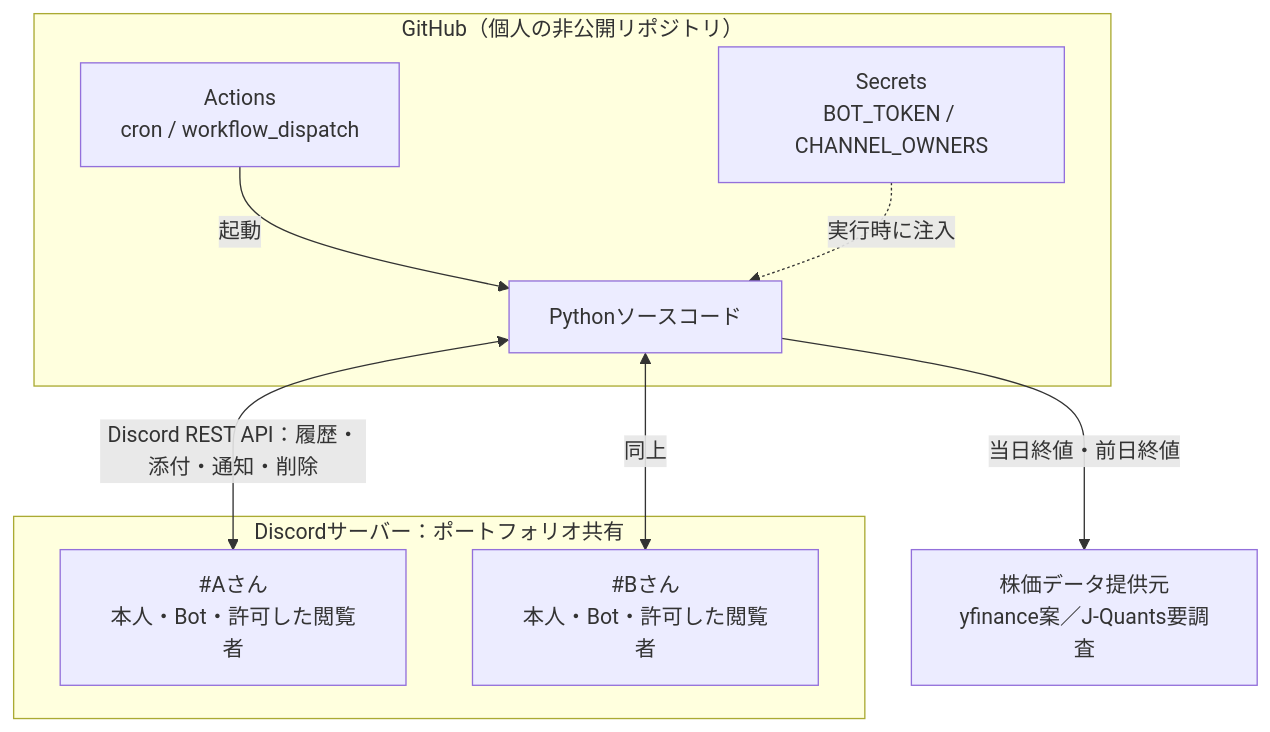
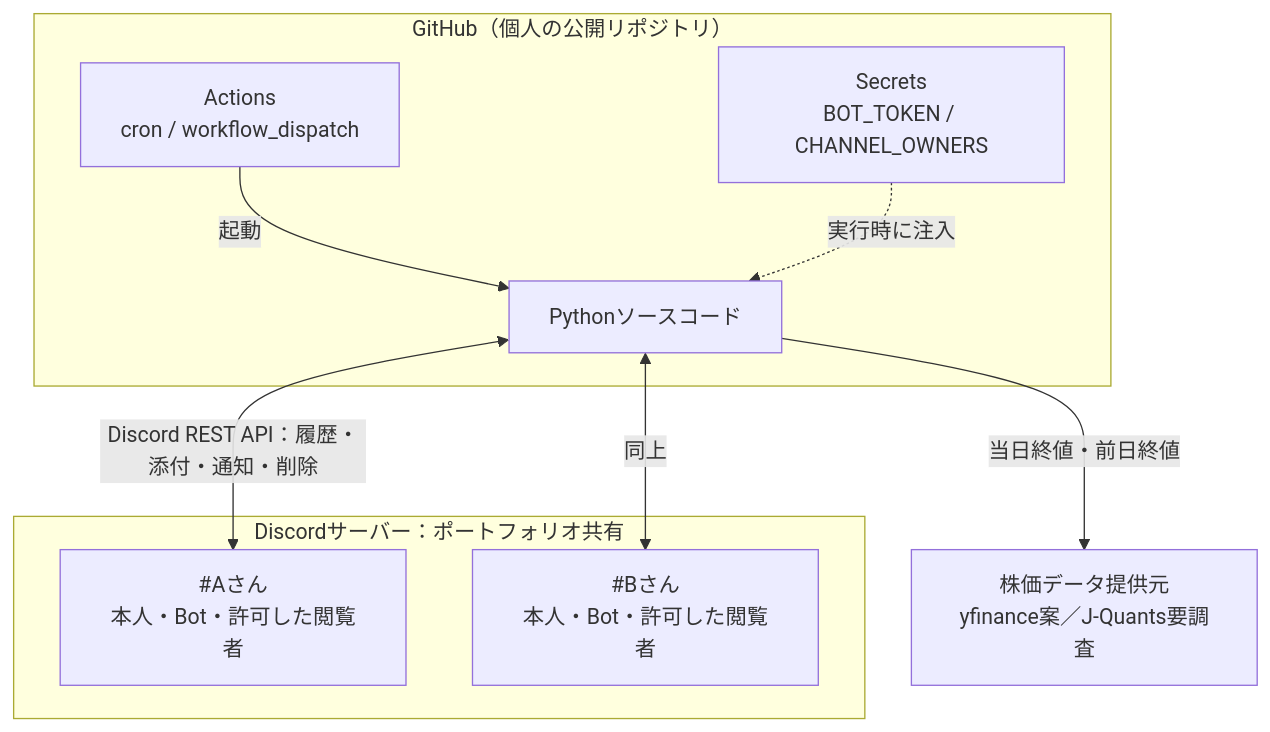
Before and after one commit to chihiros7/stock-signal: the first of 2 diagrams in docs/System-Architecture.md, drawn with Mermaid. The commit also changed 5 other files, not shown here.

````diff
--- a/docs/System-Architecture.md
+++ b/docs/System-Architecture.md
@@ -7,18 +7,18 @@
 ```mermaid
 flowchart TB
   subgraph Discord["Discordサーバー：ポートフォリオ共有"]
     A["#Aさん<br/>本人・Bot・許可した閲覧者"]
     B["#Bさん<br/>本人・Bot・許可した閲覧者"]
   end
-  subgraph GitHub["GitHub（個人の非公開リポジトリ）"]
+  subgraph GitHub["GitHub（個人の公開リポジトリ）"]
     W["Actions<br/>cron / workflow_dispatch"]
     X["Secrets<br/>BOT_TOKEN / CHANNEL_OWNERS"]
     C["Pythonソースコード"]
   end
   M["株価データ提供元<br/>yfinance案／J-Quants要調査"]
   W -->|"起動"| C
   X -.->|"実行時に注入"| C
   C <-->|"Discord REST API：履歴・添付・通知・削除"| A
   C <-->|"同上"| B
   C -->|"当日終値・前日終値"| M
 ```
````
